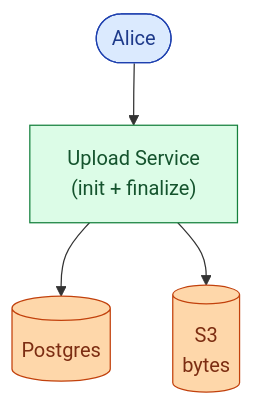
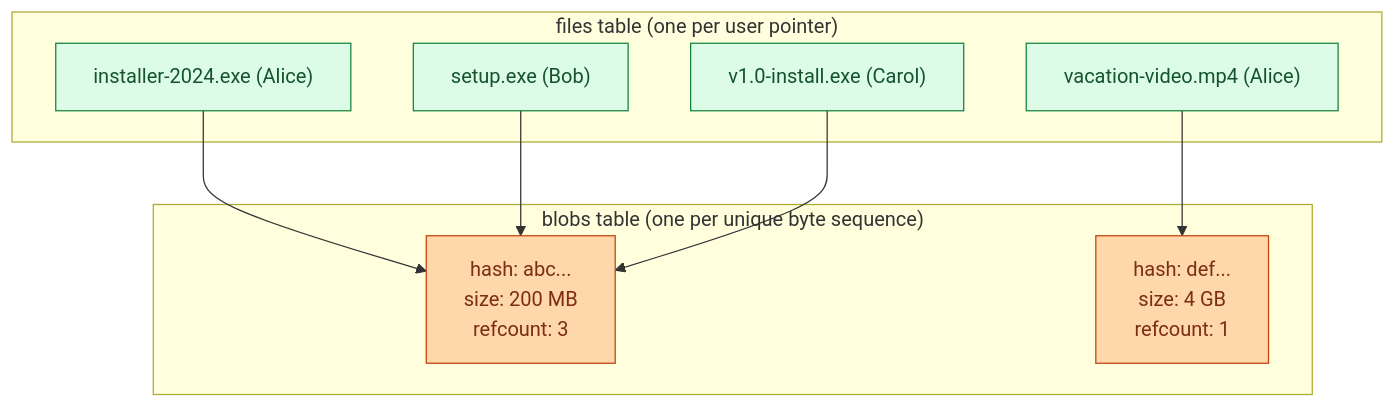
The seventh of 14 diagrams in problems/020-file-upload-share/question.md (shiningflash/system-design), drawn with Mermaid before and after one commit. The commit also changed other lines of this file and 37 other files, not shown here.

````diff
--- a/problems/020-file-upload-share/question.md
+++ b/problems/020-file-upload-share/question.md
@@ -324,10 +292,22 @@
 ```mermaid
 flowchart TB
-    C([Alice]):::user --> API["Upload Service<br/>(init + finalize)"]:::app
-    API --> DB[("Postgres")]:::db
-    API --> S3[("S3<br/>bytes")]:::db
+    subgraph Blobs["blobs table (one per unique byte sequence)"]
+        B1["hash: abc...<br/>size: 200 MB<br/>refcount: 3"]:::db
+        B2["hash: def...<br/>size: 4 GB<br/>refcount: 1"]:::db
+    end
 
-    classDef user fill:#dbeafe,stroke:#1e40af,color:#1e3a8a
-    classDef app  fill:#dcfce7,stroke:#15803d,color:#14532d
-    classDef db   fill:#fed7aa,stroke:#c2410c,color:#7c2d12
+    subgraph Files["files table (one per user pointer)"]
+        F1["installer-2024.exe (Alice)"]:::app
+        F2["setup.exe (Bob)"]:::app
+        F3["v1.0-install.exe (Carol)"]:::app
+        F4["vacation-video.mp4 (Alice)"]:::app
+    end
+
+    F1 --> B1
+    F2 --> B1
+    F3 --> B1
+    F4 --> B2
+
+    classDef db  fill:#fed7aa,stroke:#c2410c,color:#7c2d12
+    classDef app fill:#dcfce7,stroke:#15803d,color:#14532d
 ```
````
